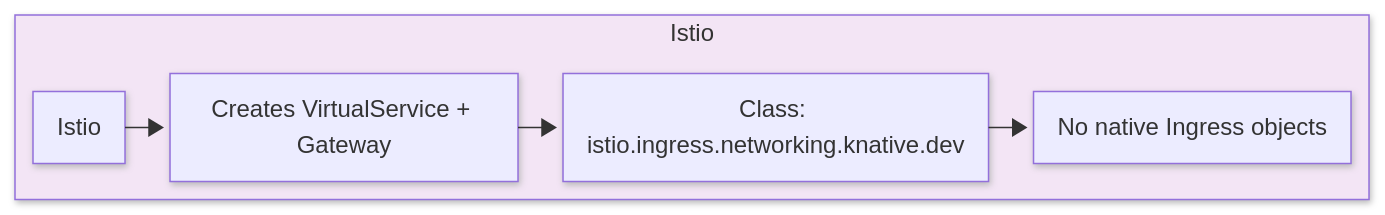
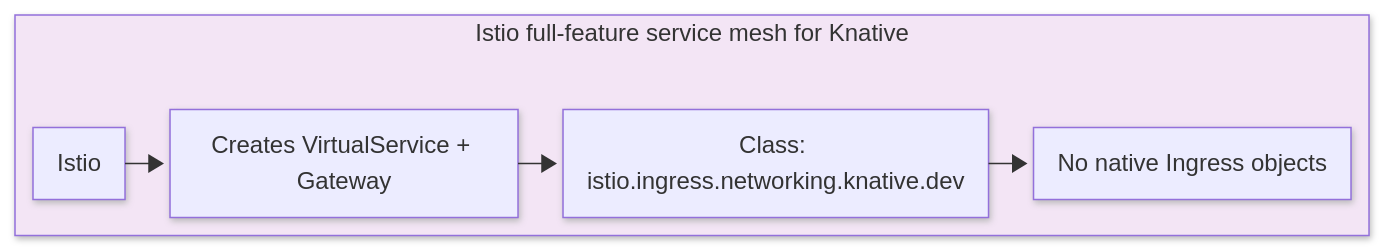
The third of 4 diagrams in docs/versioned/serving/config-network-adapters.md (knative/docs), drawn with Mermaid before and after one commit. The commit also changed other lines of this file, not shown here.

````diff
--- a/docs/versioned/serving/config-network-adapters.md
+++ b/docs/versioned/serving/config-network-adapters.md
@@ -76,15 +78,15 @@
     ```mermaid
     ---
     config:
       theme: default
       layout: elk
       look: neo
     ---
     flowchart LR
-    subgraph Istio
+    subgraph Istio["Istio full-feature service mesh for Knative"]
           I1[Istio] --> I2[Creates VirtualService + Gateway]
           I2 --> I3[Class: istio.ingress.networking.knative.dev]
           I3 --> I4[No native Ingress objects]
     end
     style Istio fill:#f3e5f5
     ```
````
